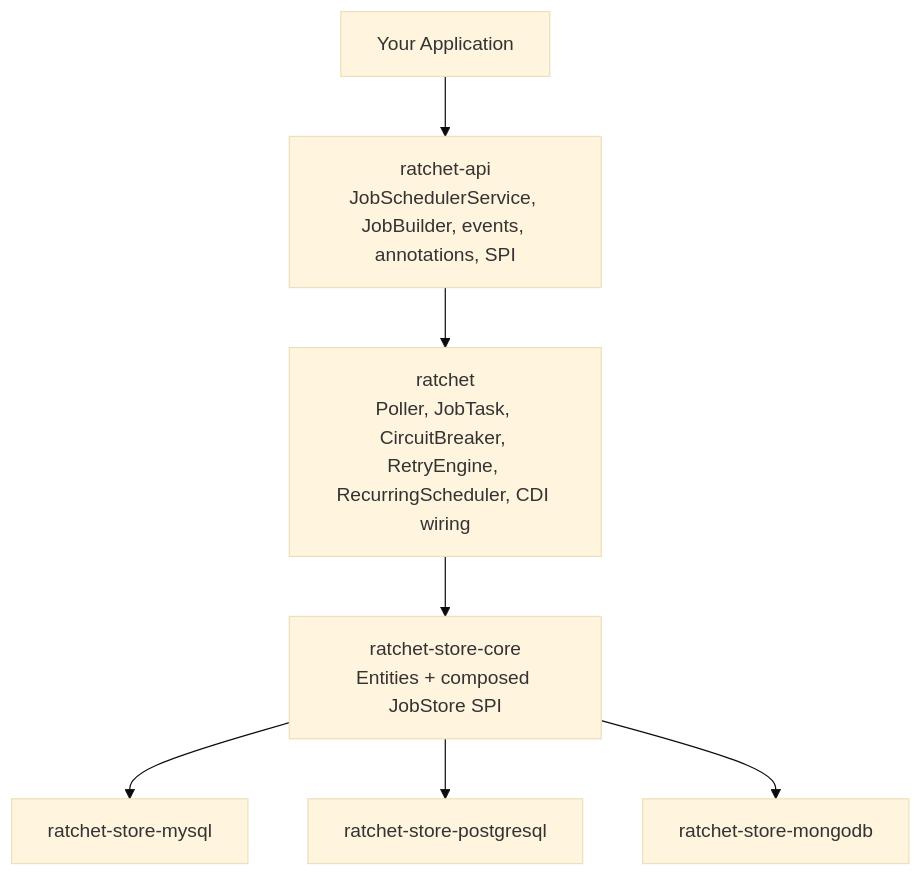
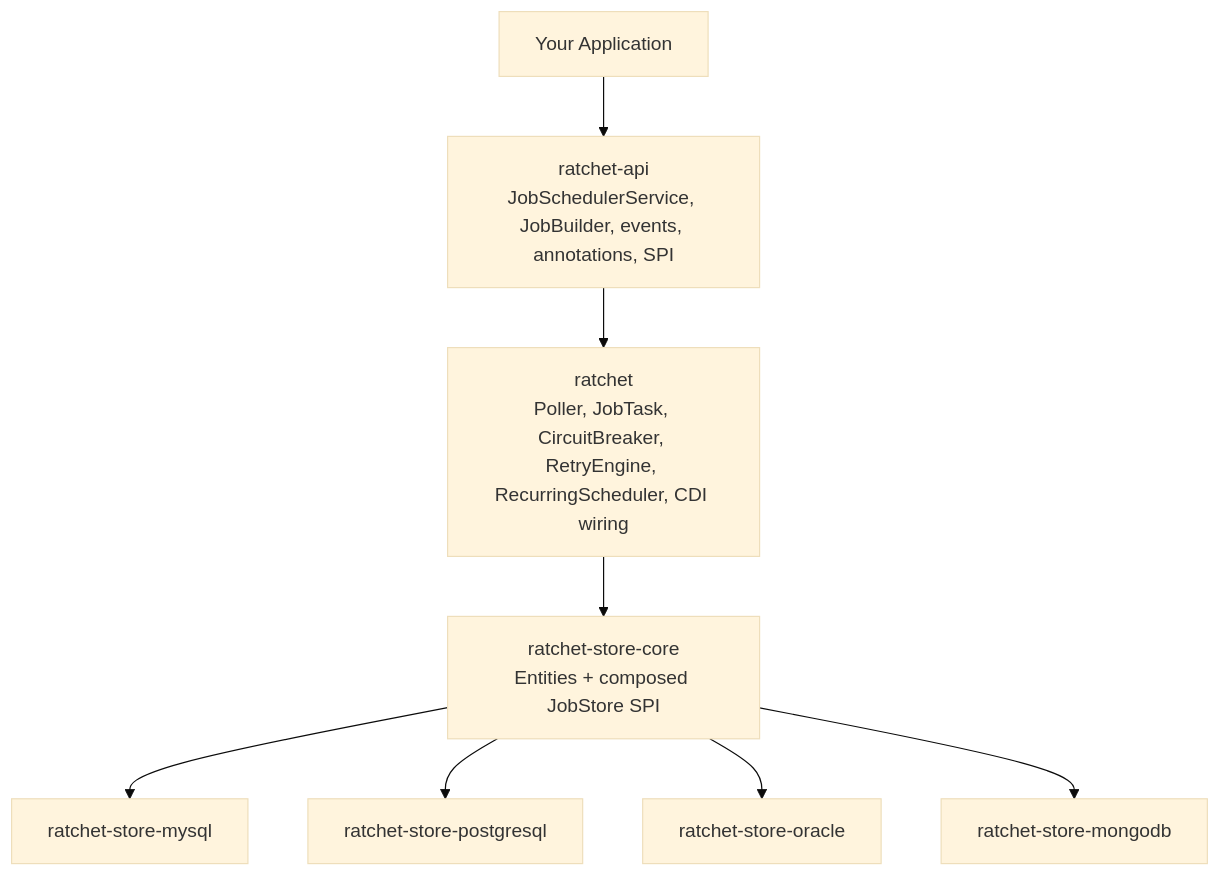
One commit to ratchet-run/ratchet changed the diagram in README.md. Above: the diagram before and after it, drawn with Mermaid (base theme). The commit also changed other lines of this file and 38 other files, not shown here.

First line of the commit message:
Wire the Oracle store into the full test matrix and all docs

````diff
--- a/README.md
+++ b/README.md
@@ -127,13 +127,14 @@
 ```mermaid
 flowchart TD
   app["Your Application"]
   api["ratchet-api<br/>JobSchedulerService, JobBuilder, events, annotations, SPI"]
   ri["ratchet<br/>Poller, JobTask, CircuitBreaker, RetryEngine, RecurringScheduler, CDI wiring"]
   store["ratchet-store-core<br/>Entities + composed JobStore SPI"]
   mysql["ratchet-store-mysql"]
   postgres["ratchet-store-postgresql"]
+  oracle["ratchet-store-oracle"]
   mongo["ratchet-store-mongodb"]
 
   app --> api --> ri --> store
-  store --> mysql & postgres & mongo
+  store --> mysql & postgres & oracle & mongo
 ```
````
